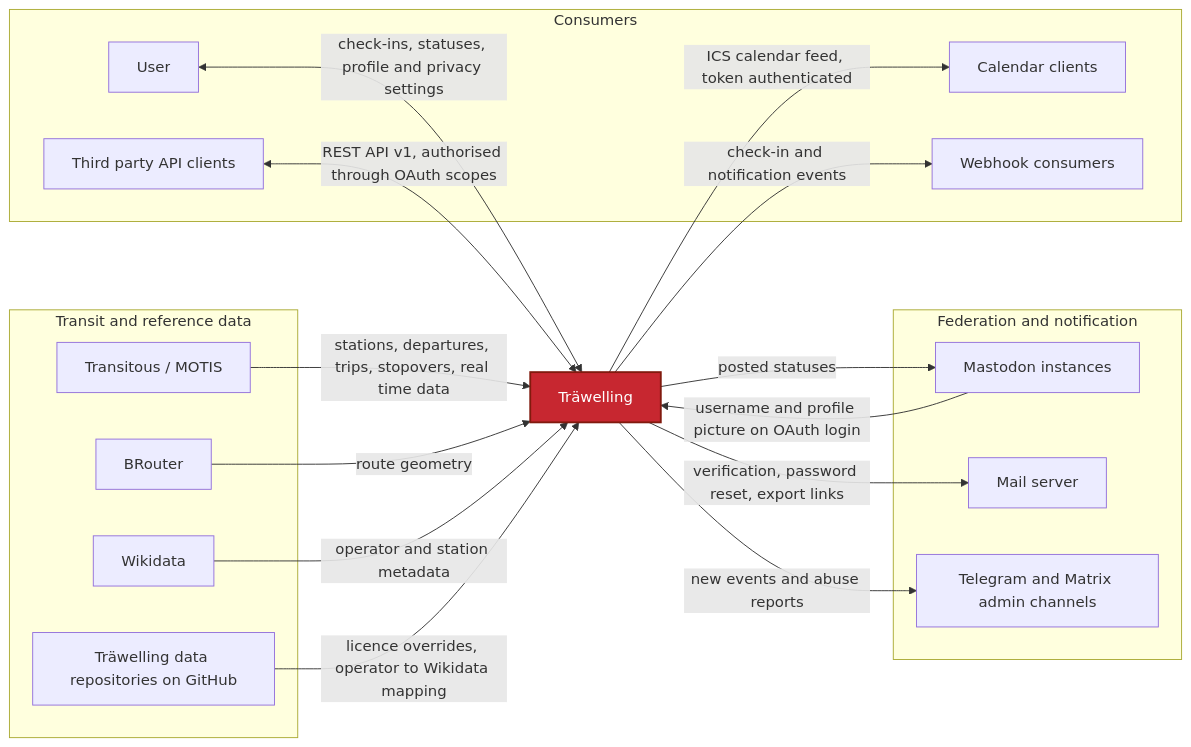
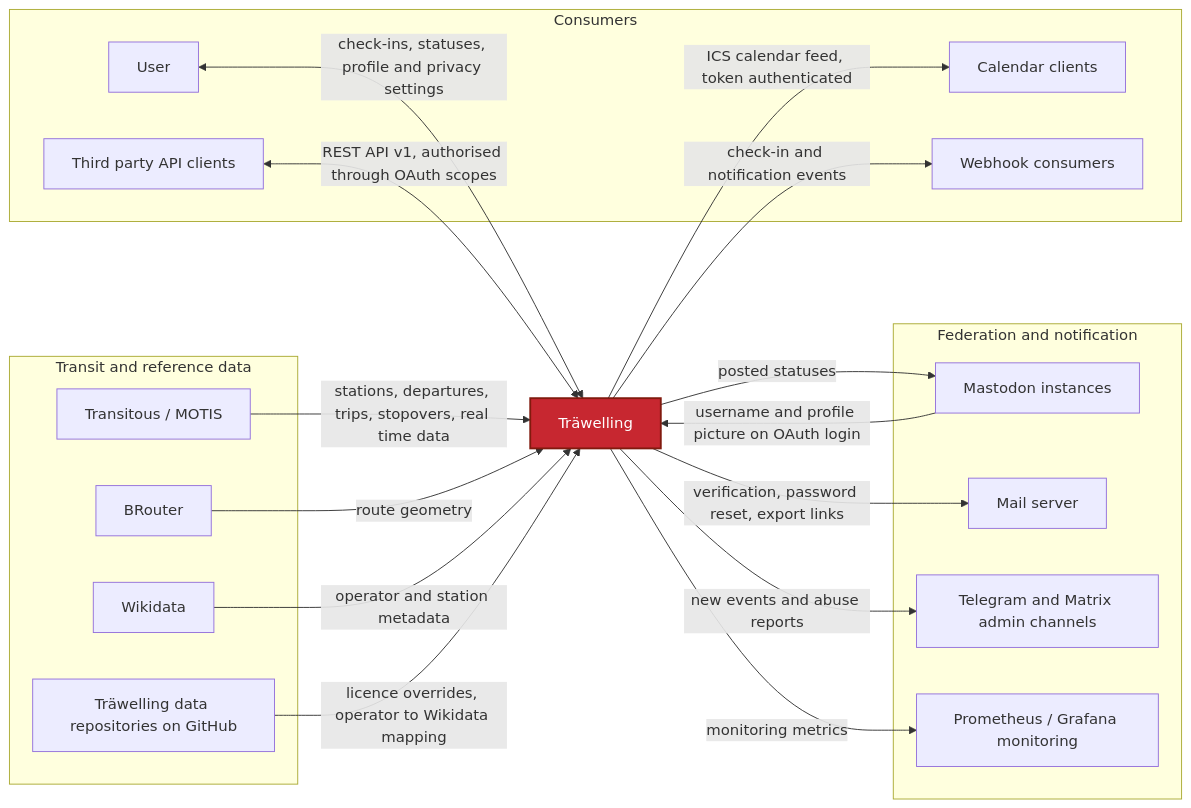
The diagram in docs/architecture/03-context-scope.md (Traewelling/traewelling), drawn with Mermaid before and after one commit. The commit also changed other lines of this file, not shown here.

Commit message:
add monitoring to context scope

````diff
--- a/docs/architecture/03-context-scope.md
+++ b/docs/architecture/03-context-scope.md
@@ -5,38 +5,40 @@
 ```mermaid
 graph LR
 	Traewelling[Träwelling]
 
 	subgraph Consumers
 		User[User]
 		ThirdParty[Third party API clients]
 		Calendar[Calendar clients]
 		WebhookConsumer[Webhook consumers]
 	end
 
 	subgraph Sources[Transit and reference data]
 		Transitous[Transitous / MOTIS]
 		Routing[BRouter]
 		Wikidata[Wikidata]
 		DataRepos[Träwelling data repositories on GitHub]
 	end
 
 	subgraph Outbound[Federation and notification]
 		Mastodon[Mastodon instances]
 		Mail[Mail server]
 		AdminChannels[Telegram and Matrix admin channels]
+		Monitoring[Prometheus / Grafana monitoring]
 	end
 
 	User <-->|" check-ins, statuses, profile and privacy settings "| Traewelling
 	ThirdParty <-->|" REST API v1, authorised through OAuth scopes "| Traewelling
 	Traewelling -->|" ICS calendar feed, token authenticated "| Calendar
 	Traewelling -->|" check-in and notification events "| WebhookConsumer
 	Transitous -->|" stations, departures, trips, stopovers, real time data "| Traewelling
 	Routing -->|" route geometry "| Traewelling
 	Wikidata -->|" operator and station metadata "| Traewelling
 	DataRepos -->|" licence overrides, operator to Wikidata mapping "| Traewelling
 	Mastodon -->|" username and profile picture on OAuth login "| Traewelling
 	Traewelling -->|" posted statuses "| Mastodon
 	Traewelling -->|" verification, password reset, export links "| Mail
 	Traewelling -->|" new events and abuse reports "| AdminChannels
+	Traewelling -->|" monitoring metrics "| Monitoring
 	style Traewelling fill: #c72730, stroke: #811a0e, stroke-width: 2px, color: #fff
 ```
````
